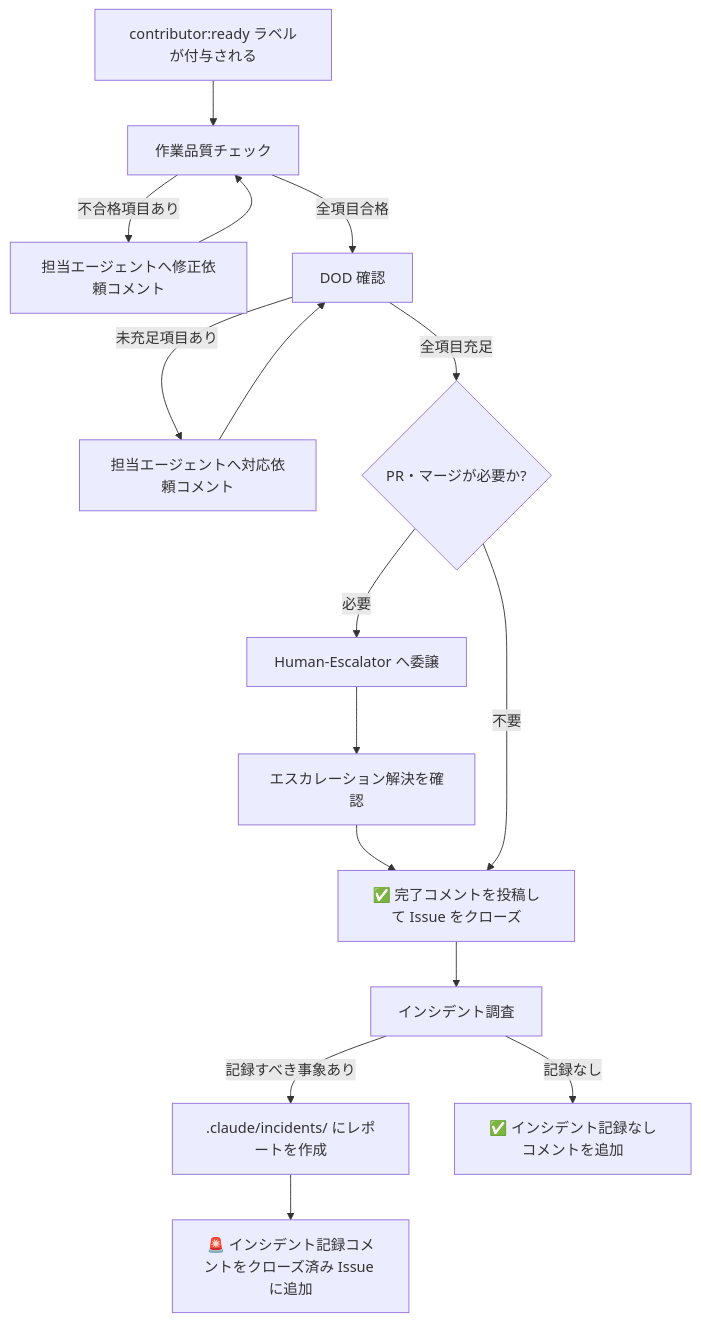
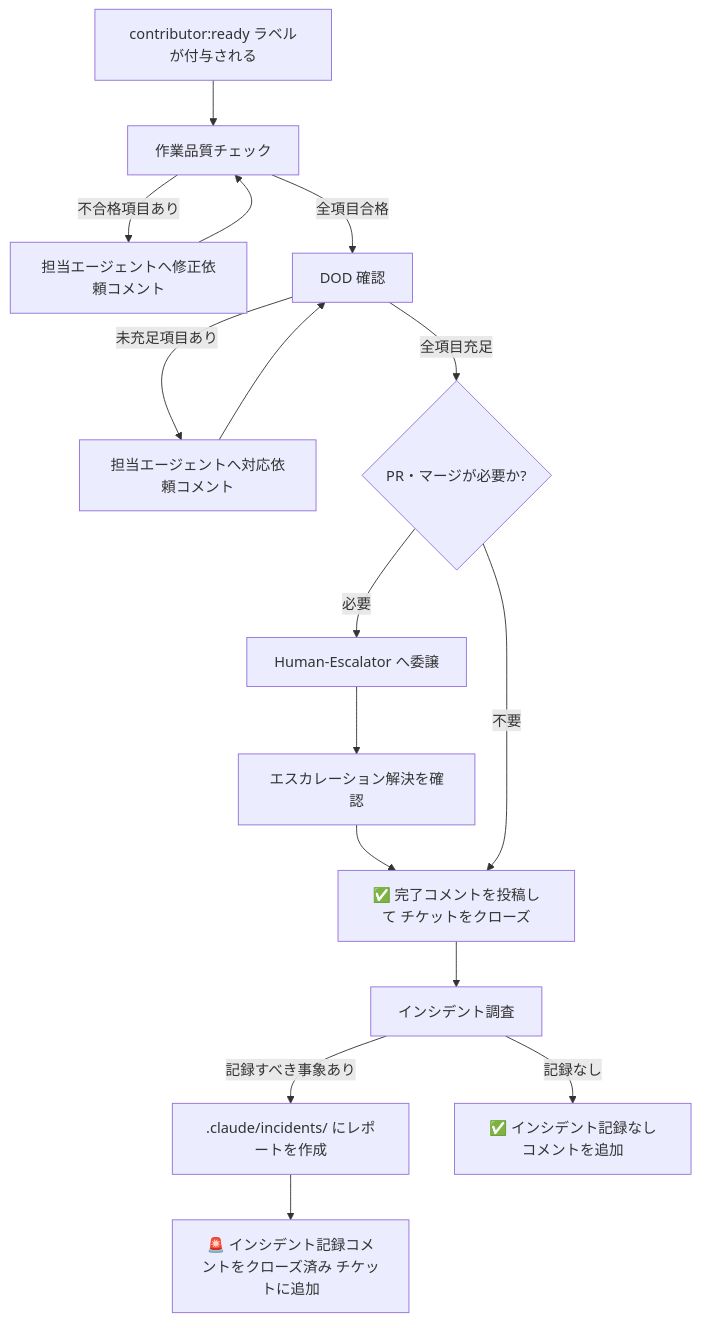
The diagram in docs-src/versions/v0.23.0/agents/contributor.md (trimixjp/trimix-cc-project-template), drawn with Mermaid before and after one commit. The commit also changed other lines of this file and 197 other files, not shown here.

````diff
--- a/docs-src/versions/v0.23.0/agents/contributor.md
+++ b/docs-src/versions/v0.23.0/agents/contributor.md
@@ -34,18 +34,18 @@
 ```mermaid
 flowchart TD
     A[contributor:ready ラベルが付与される] --> B[作業品質チェック]
     B -- 不合格項目あり --> C[担当エージェントへ修正依頼コメント]
     C --> B
     B -- 全項目合格 --> D[DOD 確認]
     D -- 未充足項目あり --> E[担当エージェントへ対応依頼コメント]
     E --> D
     D -- 全項目充足 --> F{PR・マージが必要か?}
     F -- 必要 --> G[Human-Escalator へ委譲]
     G --> H[エスカレーション解決を確認]
     H --> I
-    F -- 不要 --> I[✅ 完了コメントを投稿して Issue をクローズ]
+    F -- 不要 --> I[✅ 完了コメントを投稿して チケットをクローズ]
     I --> J[インシデント調査]
     J -- 記録すべき事象あり --> K[.claude/incidents/ にレポートを作成]
-    K --> L[🚨 インシデント記録コメントをクローズ済み Issue に追加]
+    K --> L[🚨 インシデント記録コメントをクローズ済み チケットに追加]
     J -- 記録なし --> M[✅ インシデント記録なしコメントを追加]
 ```
````
